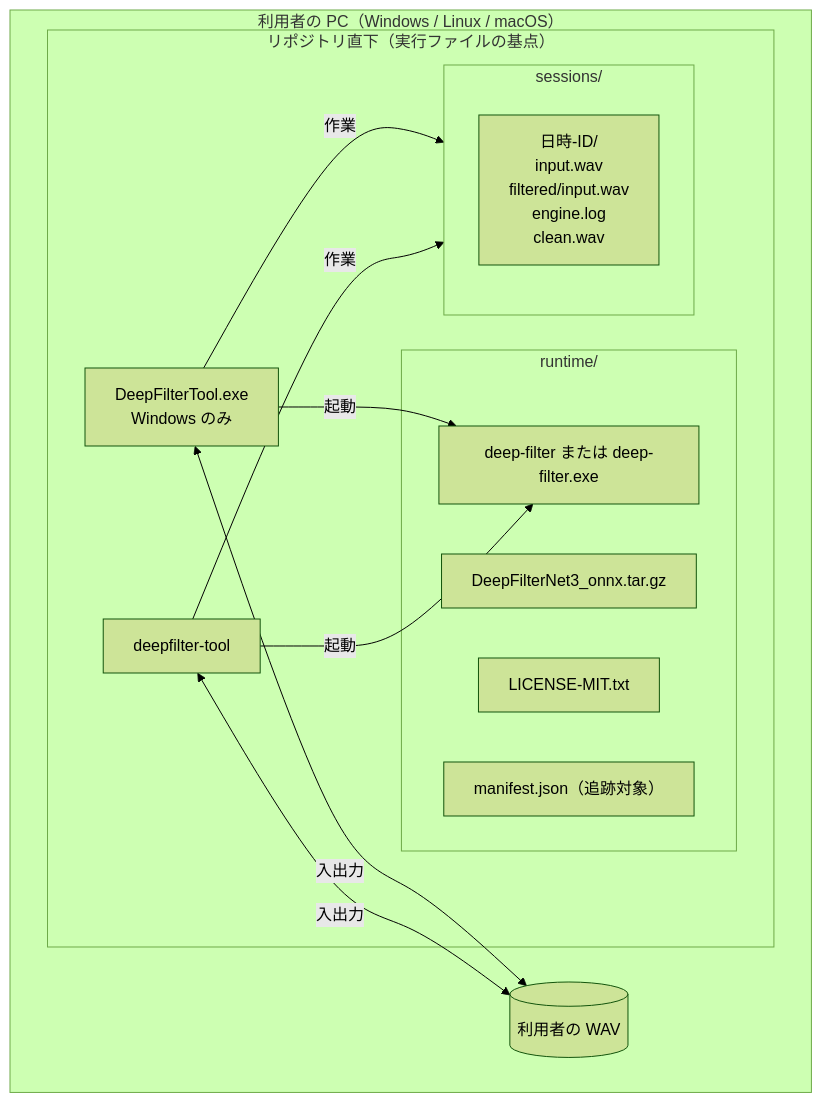
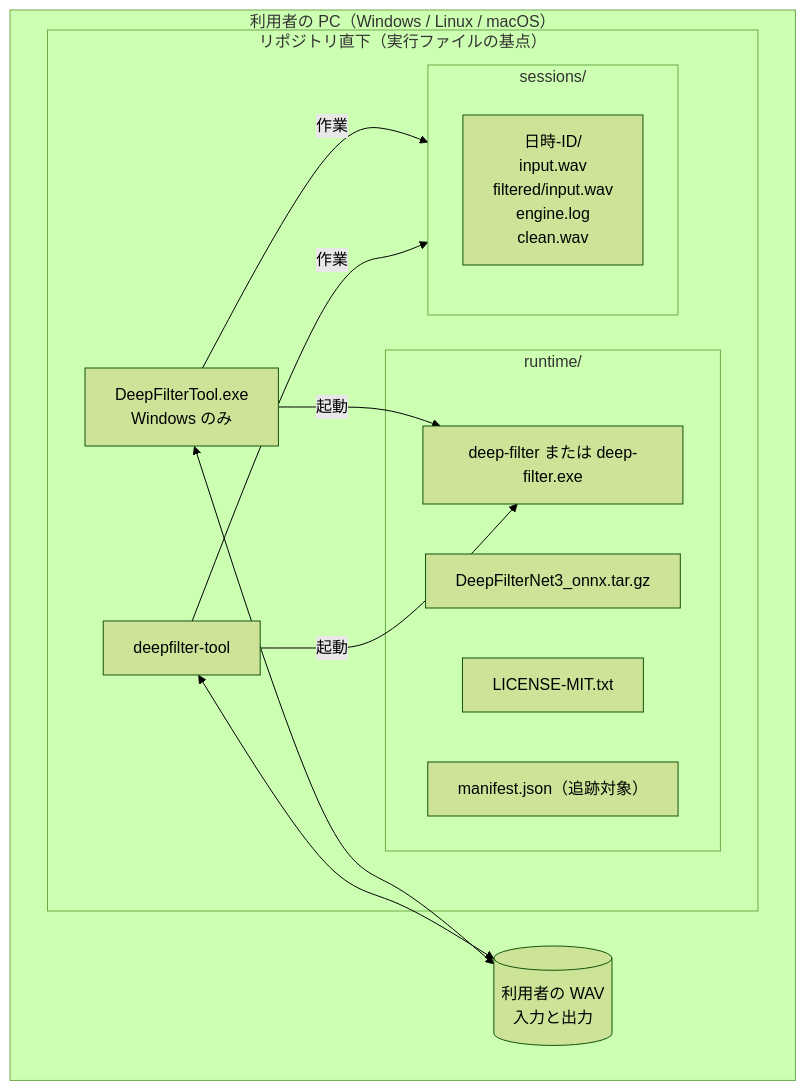
One commit to bit2zero/DeepFilterTool changed diagram 16 of 17 in docs/SPECIFICATION.md. Above: the diagram before and after it, drawn with Mermaid (forest theme). The commit also changed other lines of this file, not shown here.

First line of the commit message:
docs: 仕様書の図 3 点でラベルの重なりと欠けを直す

````diff
--- a/docs/SPECIFICATION.md
+++ b/docs/SPECIFICATION.md
@@ -703,23 +702,23 @@
 ```mermaid
 flowchart TB
     subgraph host["利用者の PC（Windows / Linux / macOS）"]
         subgraph repo["リポジトリ直下（実行ファイルの基点）"]
             exe1["DeepFilterTool.exe<br/>Windows のみ"]
             exe2["deepfilter-tool"]
             subgraph rt["runtime/"]
                 df["deep-filter または deep-filter.exe"]
                 mdl["DeepFilterNet3_onnx.tar.gz"]
                 lic["LICENSE-MIT.txt"]
                 man["manifest.json（追跡対象）"]
             end
             subgraph ss["sessions/"]
                 s1["日時-ID/<br/>input.wav<br/>filtered/input.wav<br/>engine.log<br/>clean.wav"]
             end
         end
-        userfiles[("利用者の WAV")]
+        userfiles[("利用者の WAV<br/>入力と出力")]
     end
 
     exe1 & exe2 -->|起動| df
     exe1 & exe2 -->|作業| ss
-    exe1 & exe2 <-->|入出力| userfiles
+    exe1 & exe2 <--> userfiles
 ```
````
